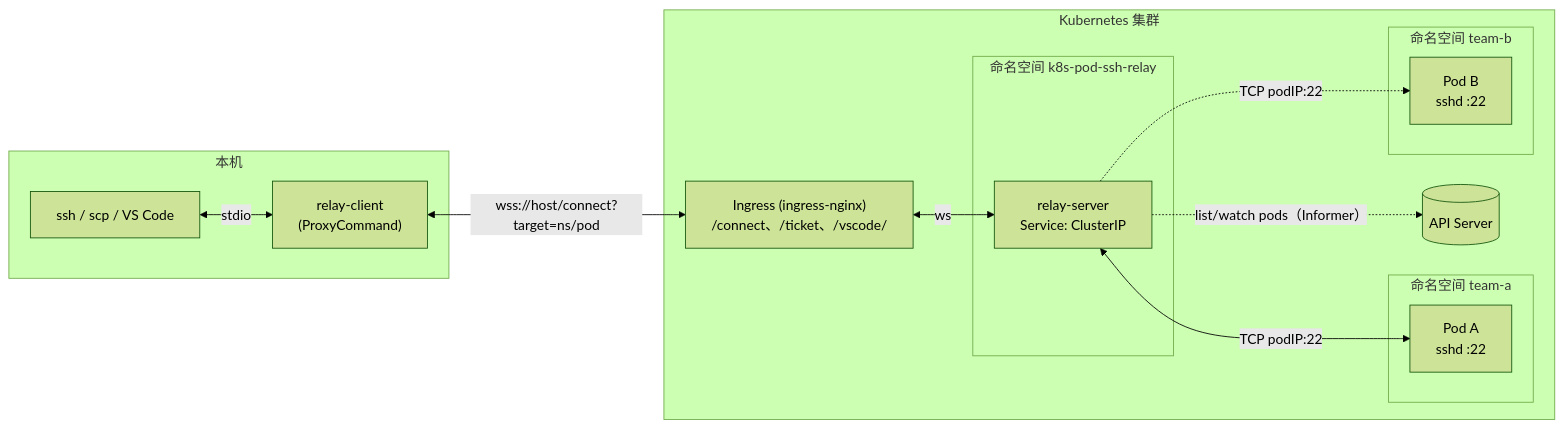
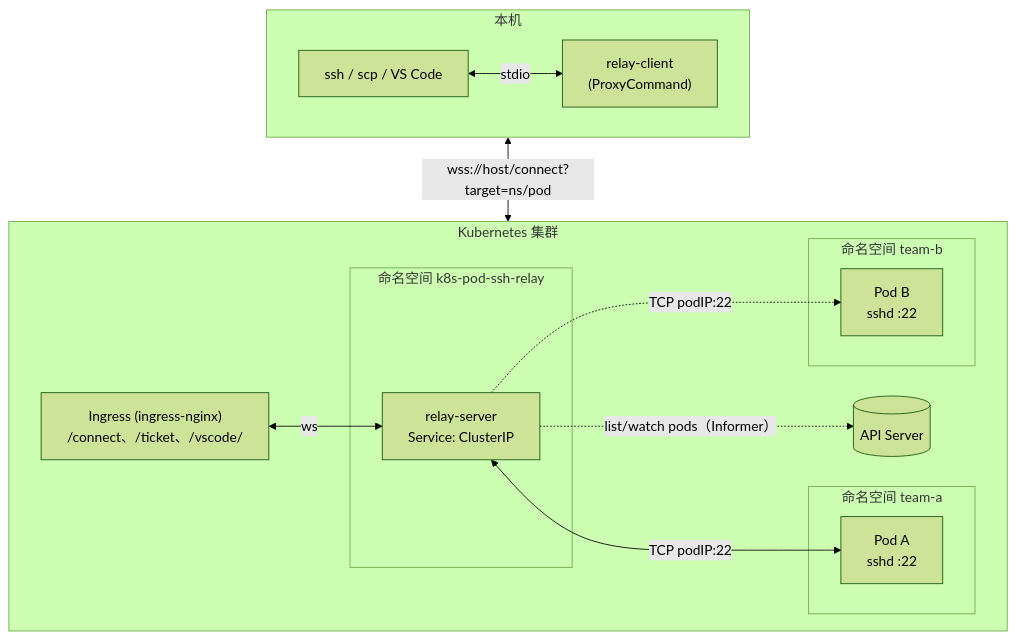
One commit to fqix/k8s-pod-ssh-relay changed the second of 3 diagrams in README.zh-CN.md. Above: the diagram before and after it, drawn with Mermaid (forest theme). The commit also changed other lines of this file and 1 other file, not shown here.

Commit message:
docs(readme): lay out flowcharts in rows instead of one long line
Group each flowchart into a row for your machine and a row for the
cluster, linked by the wss hop. Linking the subgraphs rather than nodes
inside them keeps each row horizontal.

````diff
--- a/README.zh-CN.md
+++ b/README.zh-CN.md
@@ -26,28 +31,28 @@
 ```mermaid
-flowchart LR
+flowchart TB
   subgraph local["本机"]
-    ssh["ssh / scp / VS Code"]
-    client["relay-client<br/>(ProxyCommand)"]
-    ssh <-->|stdio| client
+    direction LR
+    ssh["ssh / scp / VS Code"] <-->|stdio| client["relay-client<br/>(ProxyCommand)"]
   end
 
   subgraph cluster["Kubernetes 集群"]
+    direction LR
+    ingress["Ingress (ingress-nginx)<br/>/connect、/ticket、/vscode/"]
     api[("API Server")]
-    ingress["Ingress (ingress-nginx)<br/>/connect、/ticket、/vscode/"]
     subgraph ns["命名空间 k8s-pod-ssh-relay"]
       relay["relay-server<br/>Service: ClusterIP"]
     end
     subgraph nsA["命名空间 team-a"]
       podA["Pod A<br/>sshd :22"]
     end
     subgraph nsB["命名空间 team-b"]
       podB["Pod B<br/>sshd :22"]
     end
+    ingress <-->|ws| relay
+    relay <-->|"TCP podIP:22"| podA
+    relay -. "TCP podIP:22" .-> podB
+    relay -. "list/watch pods（Informer）" .-> api
   end
 
-  client <-->|"wss://host/connect?target=ns/pod"| ingress
-  ingress <-->|ws| relay
-  relay <-->|"TCP podIP:22"| podA
-  relay -. "TCP podIP:22" .-> podB
-  relay -. "list/watch pods（Informer）" .-> api
+  local <-->|"wss://host/connect?target=ns/pod"| cluster
 ```
````
